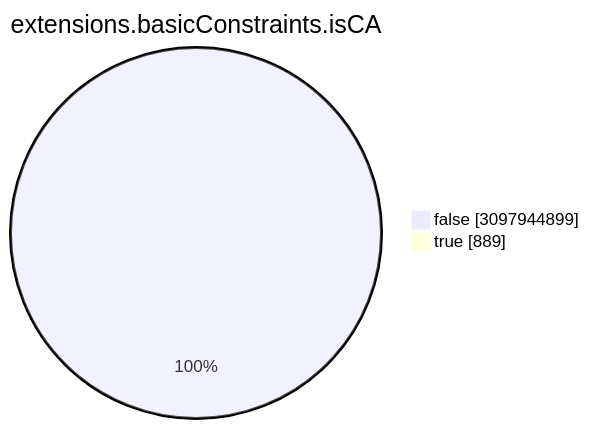
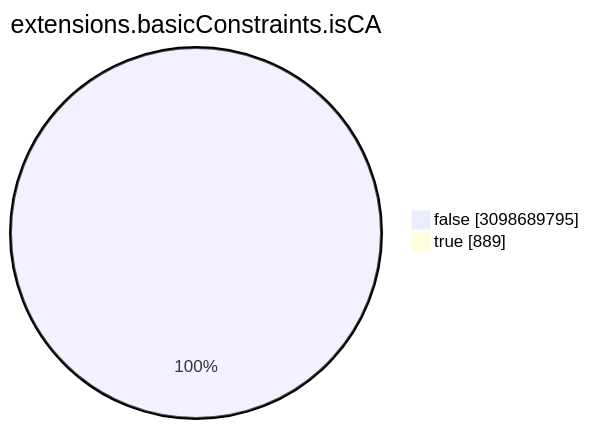
One commit to christiankrug/ctmonitor_visualization changed the seventh of 15 diagrams in TOTAL/README.md. Above: the diagram before and after it, drawn with Mermaid. The commit also changed other lines of this file, not shown here.

````diff
--- a/TOTAL/README.md
+++ b/TOTAL/README.md
@@ -3086,6 +3086,6 @@
 ```mermaid
 pie showData
 title extensions.basicConstraints.isCA
-"false" :3097944899
+"false" :3098689795
 "true" :889
 ```
````
